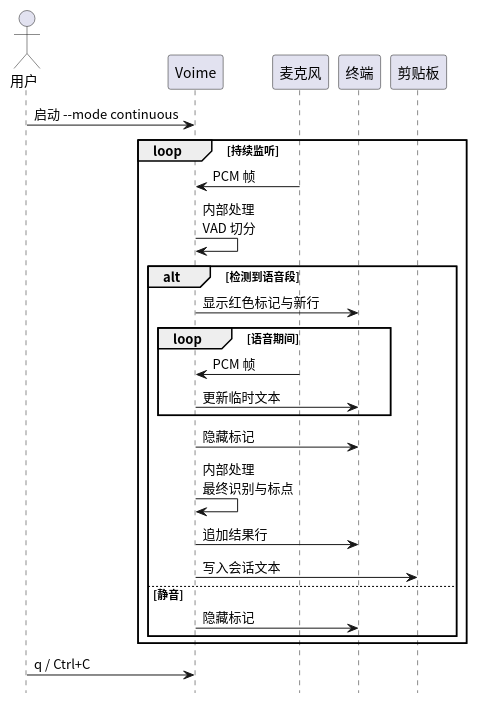
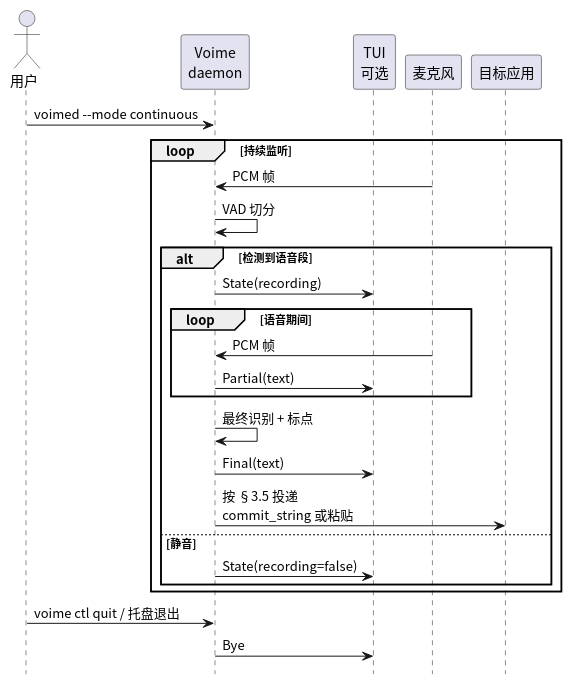
Before and after one commit to 54m43lJ/voime: the diagram in diagram/seq-continuous.puml, drawn with PlantUML. The commit also changed 33 other files, not shown here.

```diff
--- a/diagram/seq-continuous.puml
+++ b/diagram/seq-continuous.puml
@@ -1,31 +1,31 @@
 @startuml
 skinparam defaultFontName "Noto Sans CJK SC"
 skinparam shadowing false
 hide footbox
 
 actor "用户" as User
-participant "Voime" as App
+participant "Voime\ndaemon" as Voime
+participant "TUI\n可选" as Tui
 participant "麦克风" as Mic
-participant "终端" as Term
-participant "剪贴板" as Clip
+participant "目标应用" as App
 
-User -> App : 启动 --mode continuous
+User -> Voime : voimed --mode continuous
 loop 持续监听
-  Mic -> App : PCM 帧
-  App -> App : 内部处理\nVAD 切分
+  Mic -> Voime : PCM 帧
+  Voime -> Voime : VAD 切分
   alt 检测到语音段
-    App -> Term : 显示红色标记与新行
+    Voime -> Tui : State(recording)
     loop 语音期间
-      Mic -> App : PCM 帧
-      App -> Term : 更新临时文本
+      Mic -> Voime : PCM 帧
+      Voime -> Tui : Partial(text)
     end
-    App -> Term : 隐藏标记
-    App -> App : 内部处理\n最终识别与标点
-    App -> Term : 追加结果行
-    App -> Clip : 写入会话文本
+    Voime -> Voime : 最终识别 + 标点
+    Voime -> Tui : Final(text)
+    Voime -> App : 按 §3.5 投递\ncommit_string 或粘贴
   else 静音
-    App -> Term : 隐藏标记
+    Voime -> Tui : State(recording=false)
   end
 end
-User -> App : q / Ctrl+C
+User -> Voime : voime ctl quit / 托盘退出
+Voime -> Tui : Bye
 @enduml
```
